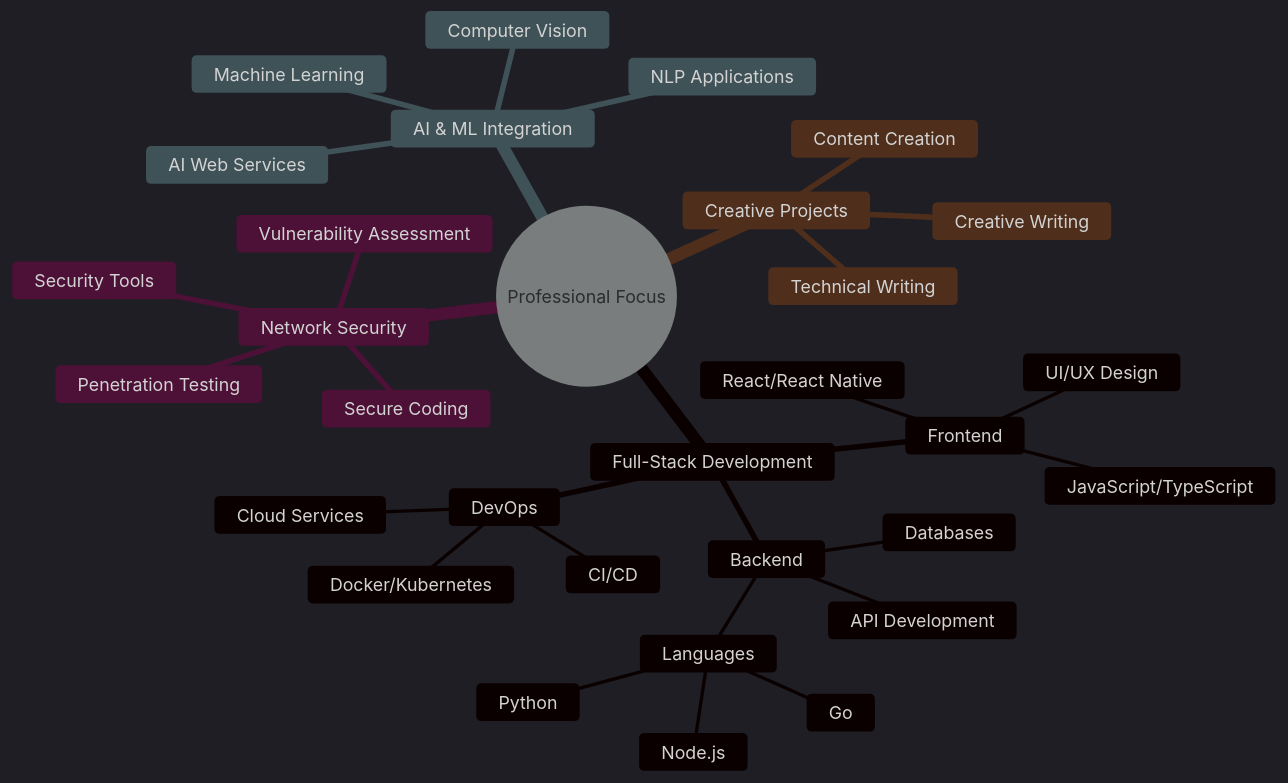
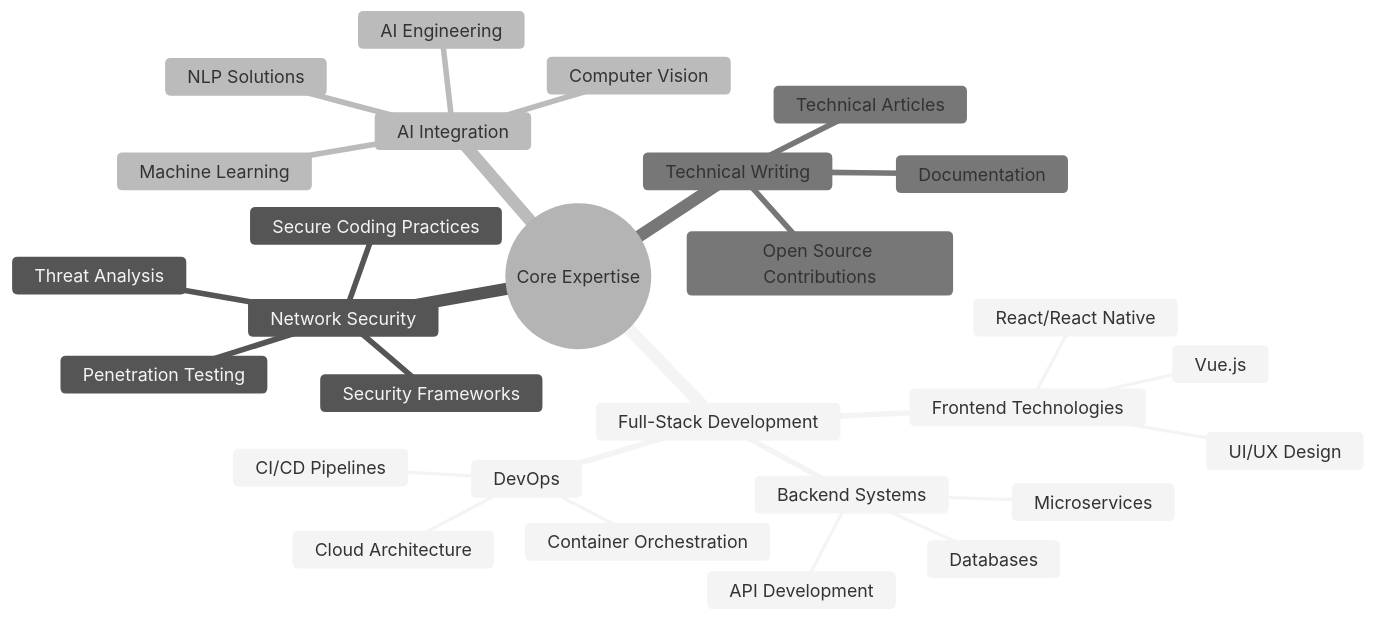
Before and after one commit to awiones/awiones: the diagram in README.md, drawn with Mermaid. The commit also changed other lines of this file, not shown here.

````diff
--- a/README.md
+++ b/README.md
@@ -124,35 +97,32 @@
 ```mermaid
-%%{init: {'theme': 'dark', 'themeVariables': { 'fontSize': '16px', 'primaryColor': '#5a78b1', 'primaryTextColor': '#fff', 'lineColor': '#5a78b1'}}}%%
+%%{init: {'theme': 'neutral', 'themeVariables': { 'fontSize': '16px', 'primaryColor': '#0366D6', 'primaryTextColor': '#fff', 'lineColor': '#0366D6'}}}%%
 mindmap
-  root((Professional Focus))
+  root((Core Expertise))
     Full-Stack Development
-      Frontend
+      Frontend Technologies
         React/React Native
-        JavaScript/TypeScript
+        Vue.js
         UI/UX Design
-      Backend
+      Backend Systems
         API Development
-        Languages
-          Node.js
-          Python
-          Go
+        Microservices
         Databases
       DevOps
-        CI/CD
-        Docker/Kubernetes
-        Cloud Services
+        CI/CD Pipelines
+        Container Orchestration
+        Cloud Architecture
     Network Security
       Penetration Testing
-      Vulnerability Assessment
-      Security Tools
-      Secure Coding
-    AI & ML Integration
+      Threat Analysis
+      Security Frameworks
+      Secure Coding Practices
+    AI Integration
       Machine Learning
-      NLP Applications
+      NLP Solutions
       Computer Vision
-      AI Web Services
-    Creative Projects
-      Technical Writing
-      Creative Writing
-      Content Creation
+      AI Engineering
+    Technical Writing
+      Documentation
+      Technical Articles
+      Open Source Contributions
 ```
````
